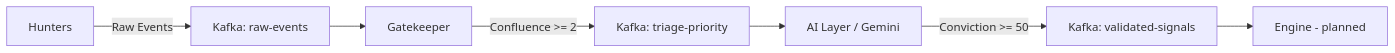
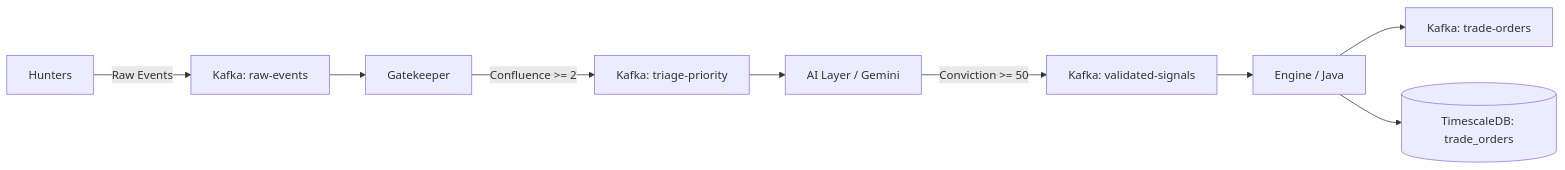
The diagram in README.md (Alesiobarquin/catalyst), drawn with Mermaid before and after one commit. The commit also changed other lines of this file and 32 other files, not shown here.

First line of the commit message:
feat: implement Java strategy engine in Docker Compose

````diff
--- a/README.md
+++ b/README.md
@@ -29,9 +30,11 @@
 ```mermaid
 graph LR
     H[Hunters] -->|Raw Events| K[Kafka: raw-events]
     K --> G[Gatekeeper]
     G -->|Confluence >= 2| T[Kafka: triage-priority]
     T --> A[AI Layer / Gemini]
     A -->|Conviction >= 50| V[Kafka: validated-signals]
-    V --> E[Engine - planned]
+    V --> E[Engine / Java]
+    E --> O[Kafka: trade-orders]
+    E --> DB[(TimescaleDB: trade_orders)]
 ```
````
